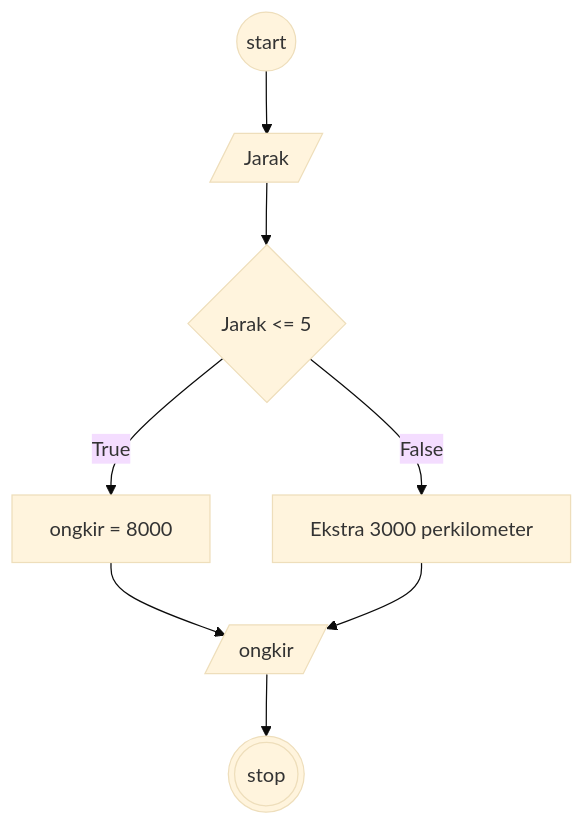
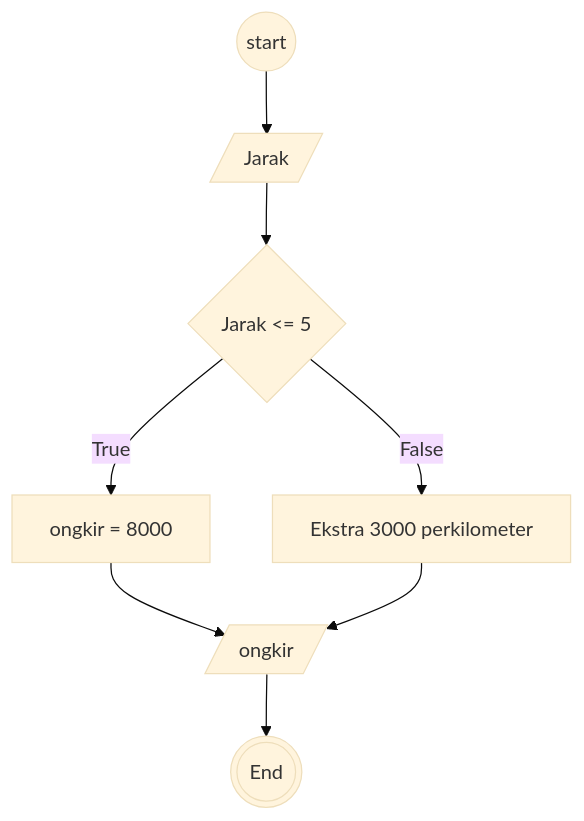
One commit to MohamadDimasPrayoga1010/koda-b4-algoritma changed the diagram in minitask8.md. Above: the diagram before and after it, drawn with Mermaid (base theme).

````diff
--- a/minitask8.md
+++ b/minitask8.md
@@ -3,9 +3,9 @@
 ```mermaid
 
 flowchart TD
 
 
 Start((start)) --> Jarak[/Jarak/] --> Decision{Jarak <= 5} -- True -->ongkir1[ongkir = 8000] -->ongkir[/ongkir/]
 
-Decision{Jarak <= 5} -- False -->ongkir2[Ekstra 3000 perkilometer]  -->ongkir[/ongkir/] --> Stop(((stop))) 
+Decision{Jarak <= 5} -- False -->ongkir2[Ekstra 3000 perkilometer]  -->ongkir[/ongkir/] --> Stop(((End))) 
 ```
````
